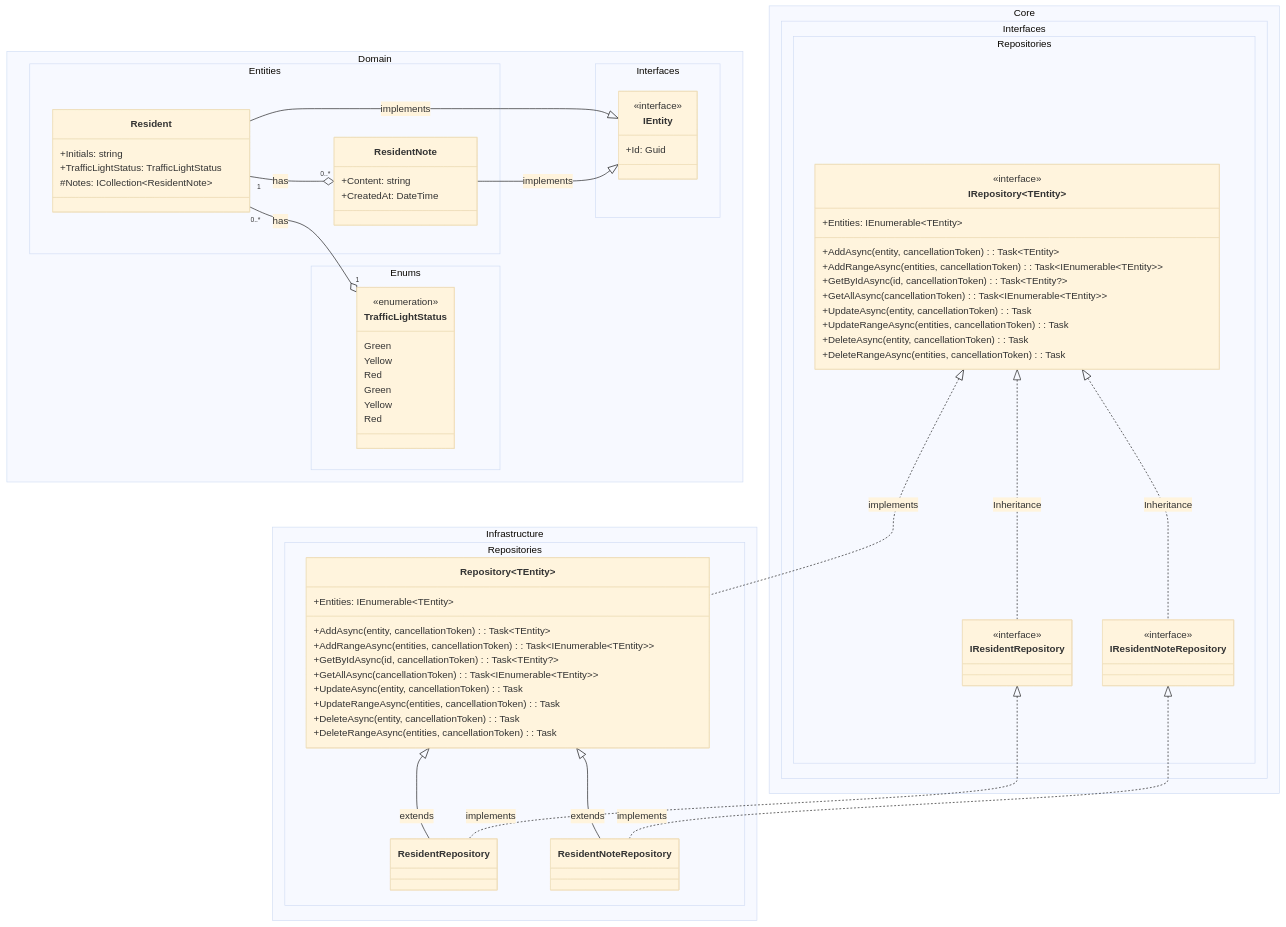
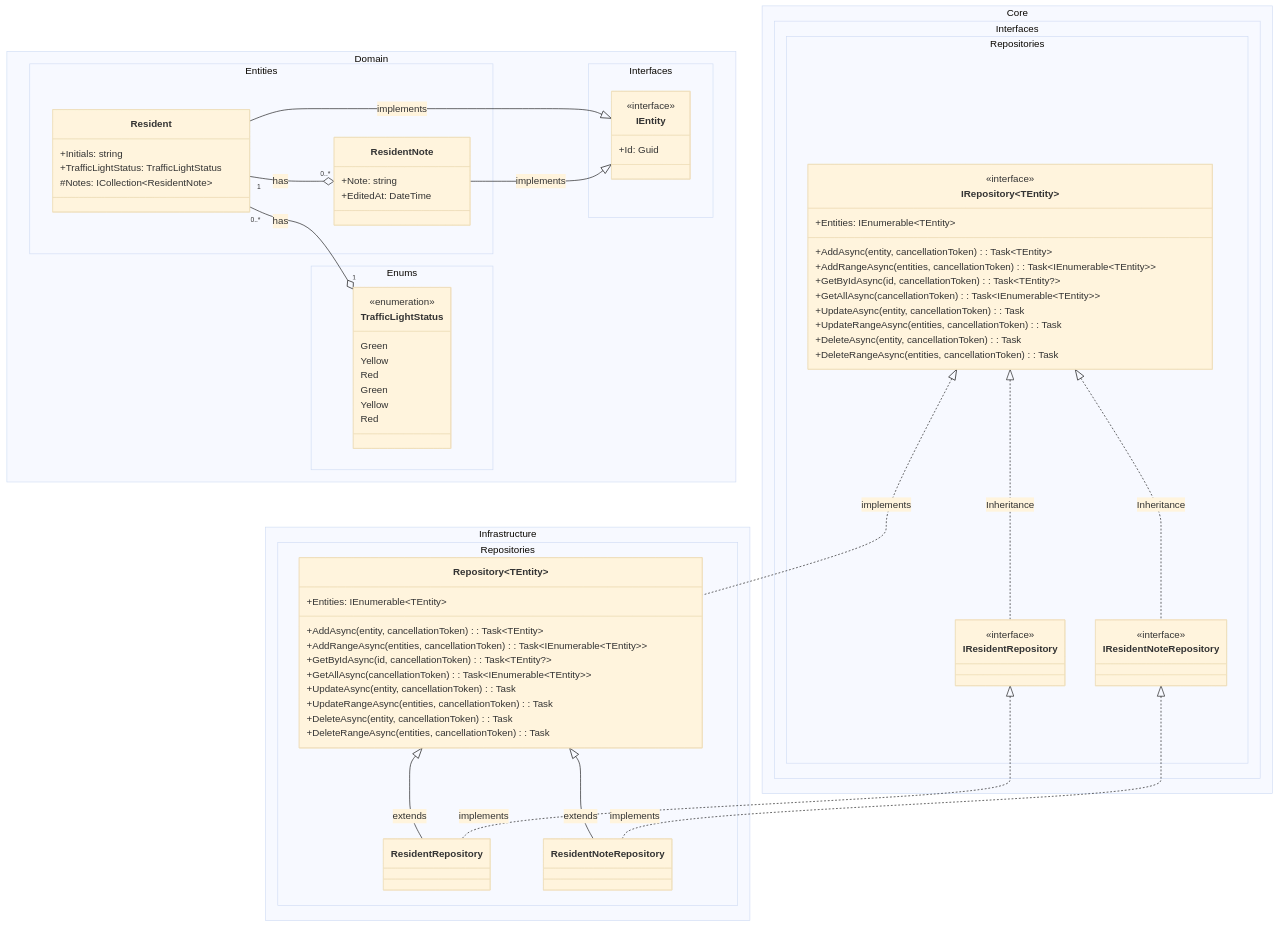
The diagram in docs/dcd.0001.md (Tirsvad/DMOoF25-Team6.Slottets-Drifttavlen), drawn with Mermaid (base theme) before and after one commit. The commit also changed 1 other file, not shown here.

Commit message:
Quick fix

```diff
--- a/docs/dcd.0001.md
+++ b/docs/dcd.0001.md
@@ -33,8 +33,8 @@
       Red
     }
     class ResidentNote {
-      +Content: string
-      +CreatedAt: DateTime
+      +Note: string
+      +EditedAt: DateTime
     }
   }
 
```
